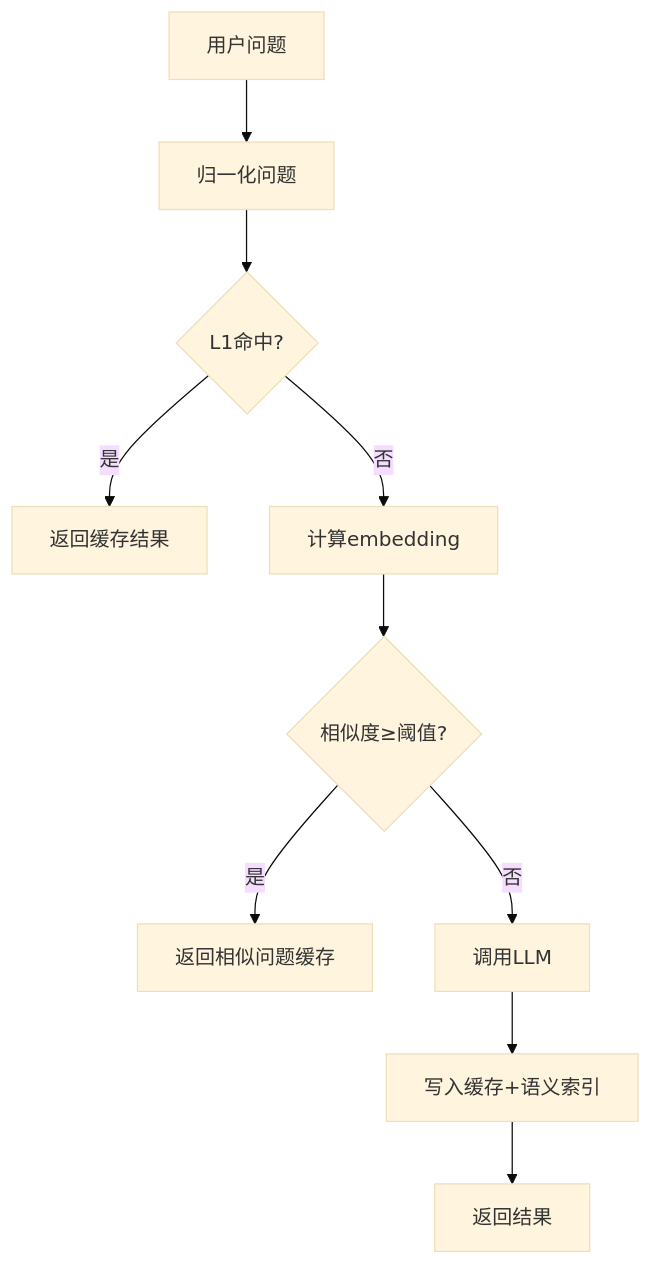
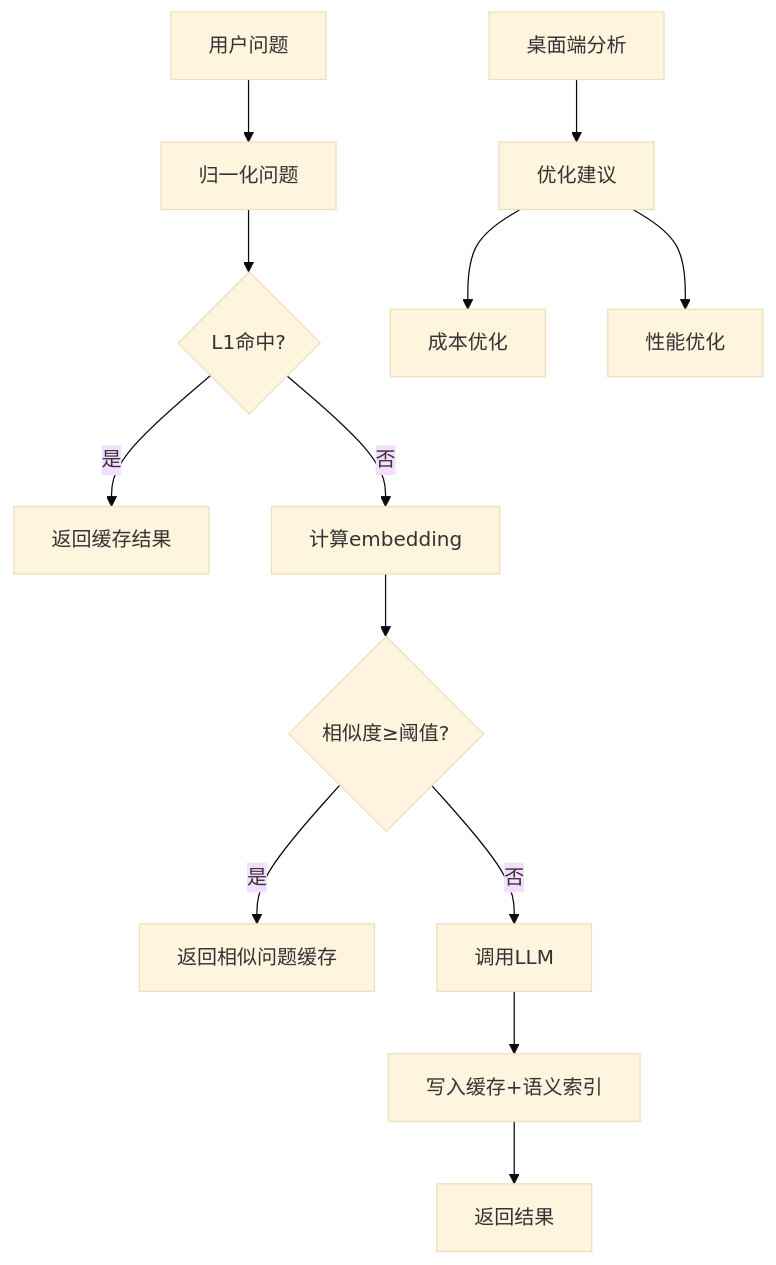
One commit to dgjin/smart-data-analytics changed the sixth of 8 diagrams in .qoder/repowiki/zh/content/AI与LLM集成/性能监控与成本优化.md. Above: the diagram before and after it, drawn with Mermaid (base theme). The commit also changed other lines of this file and 146 other files, not shown here.

````diff
--- a/.qoder/repowiki/zh/content/AI与LLM集成/性能监控与成本优化.md
+++ b/.qoder/repowiki/zh/content/AI与LLM集成/性能监控与成本优化.md
@@ -251,12 +314,15 @@
 ```mermaid
 flowchart TD
 Q["用户问题"] --> N["归一化问题"]
 N --> L1{"L1命中?"}
 L1 --> |是| R1["返回缓存结果"]
 L1 --> |否| E["计算embedding"]
 E --> L2{"相似度≥阈值?"}
 L2 --> |是| R2["返回相似问题缓存"]
 L2 --> |否| LLM["调用LLM"]
 LLM --> S["写入缓存+语义索引"]
 S --> R3["返回结果"]
+Desktop["桌面端分析"] --> Opt["优化建议"]
+Opt --> Cost["成本优化"]
+Opt --> Perf["性能优化"]
 ```
````
